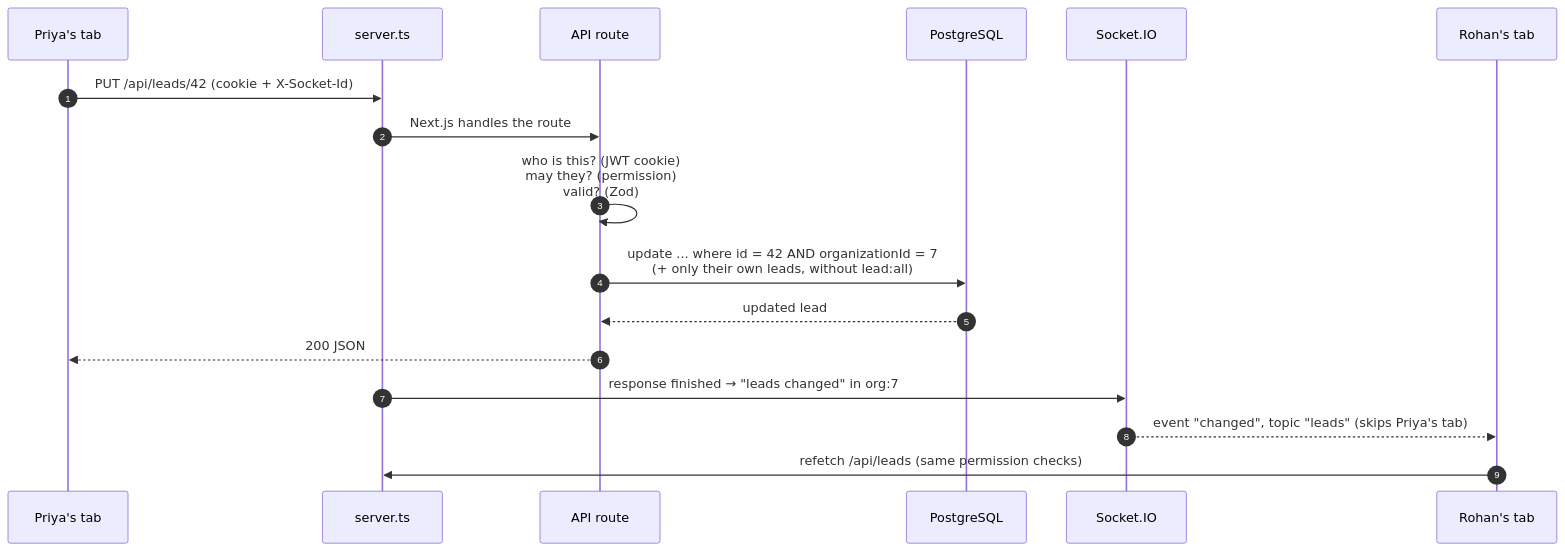
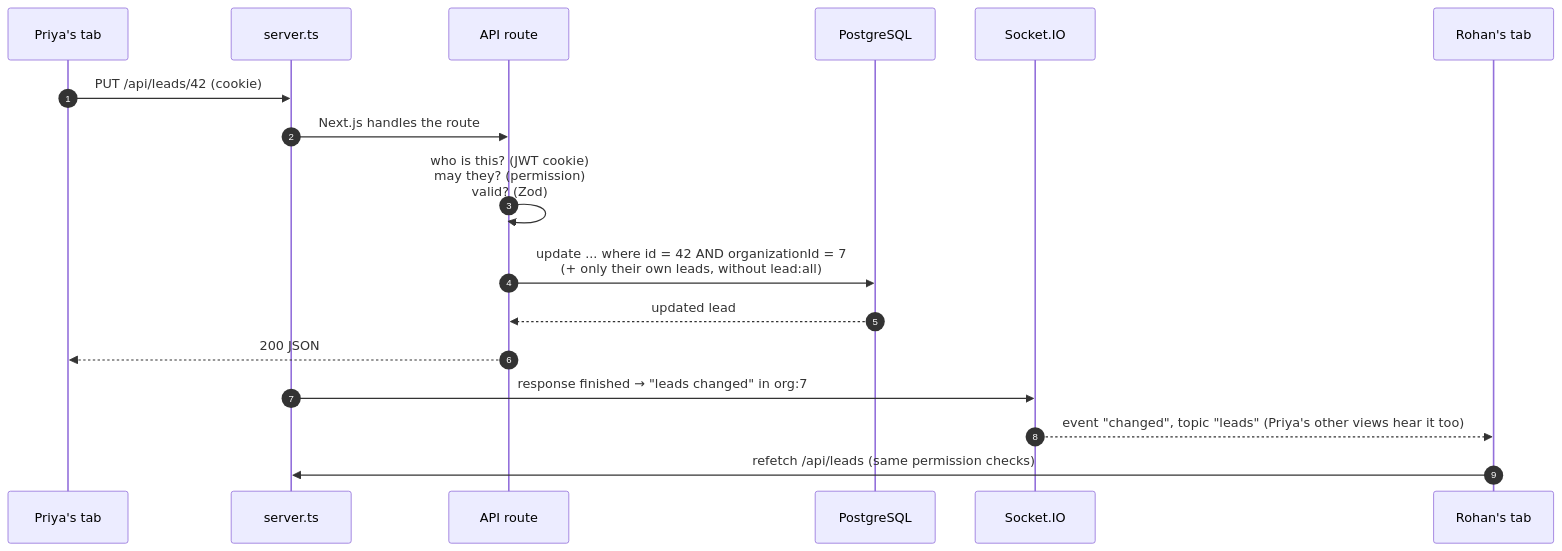
Before and after one commit to kavya-thakur/crm: the second of 7 diagrams in README.md, drawn with Mermaid. The commit also changed other lines of this file and 59 other files, not shown here.

````diff
--- a/README.md
+++ b/README.md
@@ -225,20 +243,20 @@
 ```mermaid
 sequenceDiagram
     autonumber
     participant A as Priya's tab
     participant S as server.ts
     participant R as API route
     participant DB as PostgreSQL
     participant IO as Socket.IO
     participant B as Rohan's tab
 
-    A->>S: PUT /api/leads/42 (cookie + X-Socket-Id)
+    A->>S: PUT /api/leads/42 (cookie)
     S->>R: Next.js handles the route
     R->>R: who is this? (JWT cookie)<br/>may they? (permission)<br/>valid? (Zod)
     R->>DB: update ... where id = 42 AND organizationId = 7<br/>(+ only their own leads, without lead:all)
     DB-->>R: updated lead
     R-->>A: 200 JSON
     S->>IO: response finished → "leads changed" in org:7
-    IO-->>B: event "changed", topic "leads" (skips Priya's tab)
+    IO-->>B: event "changed", topic "leads" (Priya's other views hear it too)
     B->>S: refetch /api/leads (same permission checks)
 ```
````
